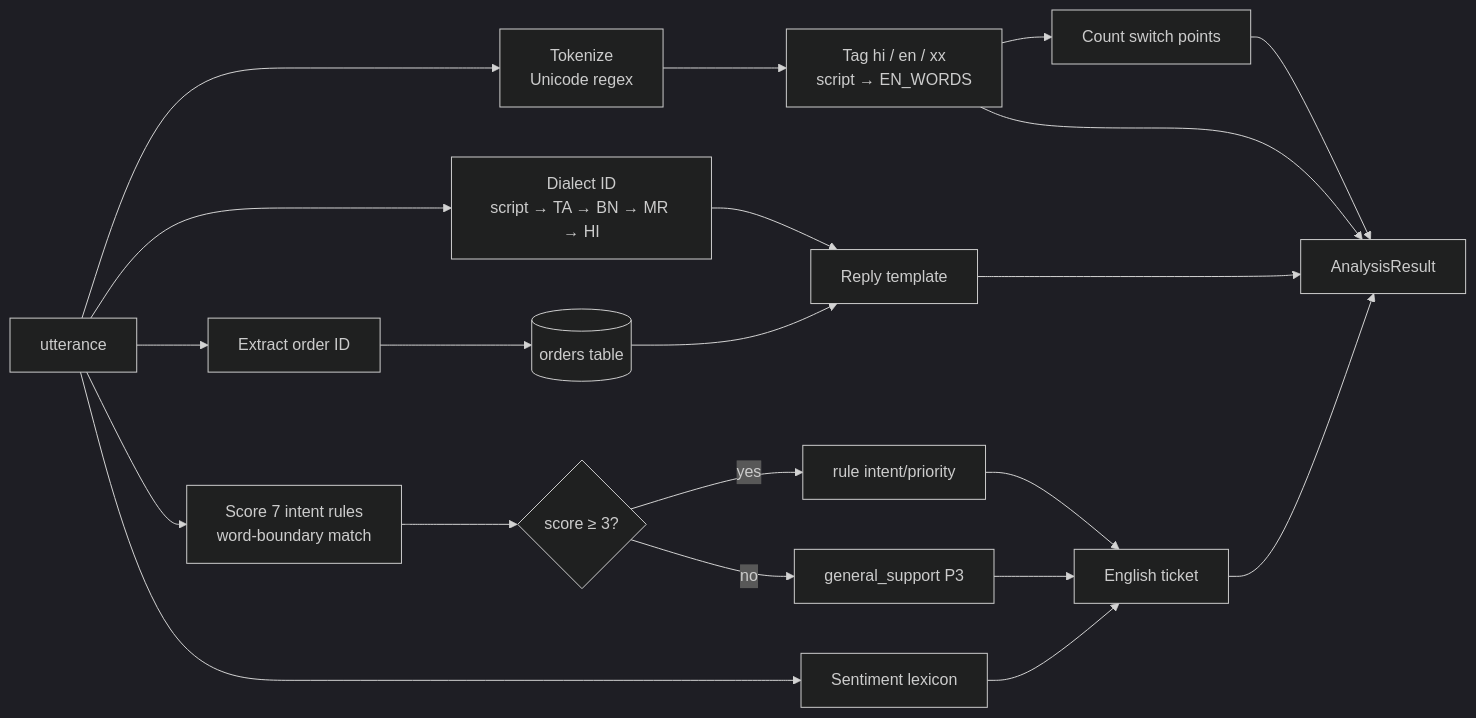
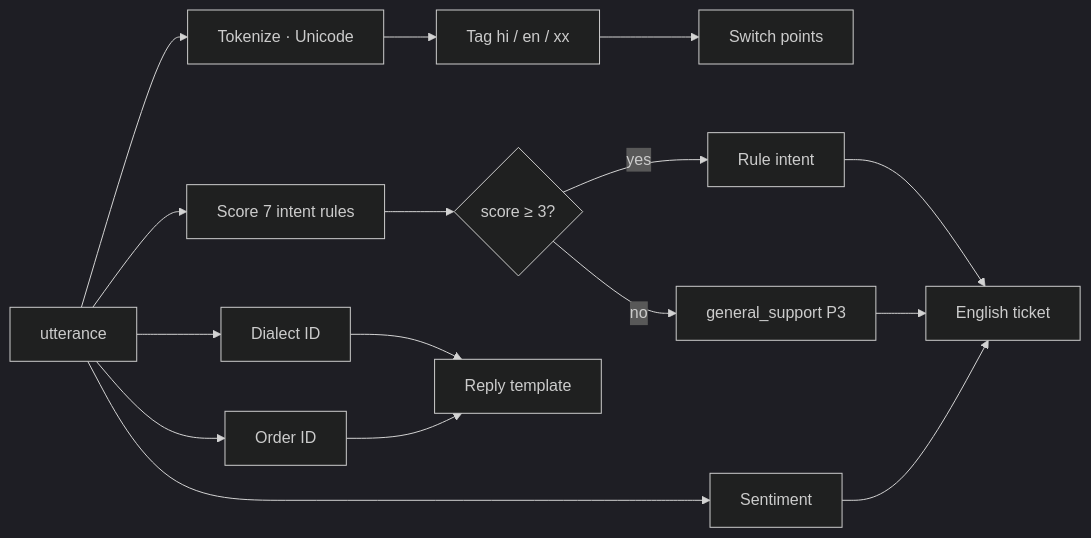
Before and after one commit to ramanathanmani/great-agent-hackathon-2026: the fourth of 6 diagrams in specs/000-freshvoice-system/design.md, drawn with Mermaid (dark theme). The commit also changed other lines of this file and 4 other files, not shown here.

````diff
--- a/specs/000-freshvoice-system/design.md
+++ b/specs/000-freshvoice-system/design.md
@@ -64,20 +84,18 @@
 ```mermaid
 flowchart LR
-  U[utterance] --> T[Tokenize<br/>Unicode regex]
-  T --> L[Tag hi / en / xx<br/>script → EN_WORDS]
-  L --> S[Count switch points]
-  U --> O[Extract order ID]
-  U --> I[Score 7 intent rules<br/>word-boundary match]
-  U --> SE[Sentiment lexicon]
-  U --> D[Dialect ID<br/>script → TA → BN → MR → HI]
+  U[utterance] --> T[Tokenize · Unicode]
+  T --> L[Tag hi / en / xx]
+  L --> S[Switch points]
+  U --> I[Score 7 intent rules]
+  U --> O[Order ID]
+  U --> SE[Sentiment]
+  U --> D[Dialect ID]
   I --> P{score ≥ 3?}
-  P -->|yes| R[rule intent/priority]
-  P -->|no| G[general_support P3]
-  O --> CRM[(orders table)]
+  P -->|yes| R[Rule intent]
+  P -->|no| GS[general_support P3]
   D --> RP[Reply template]
-  CRM --> RP
+  O --> RP
   R --> TK[English ticket]
-  G --> TK
+  GS --> TK
   SE --> TK
-  S & L & RP & TK --> OUT[AnalysisResult]
 ```
````
